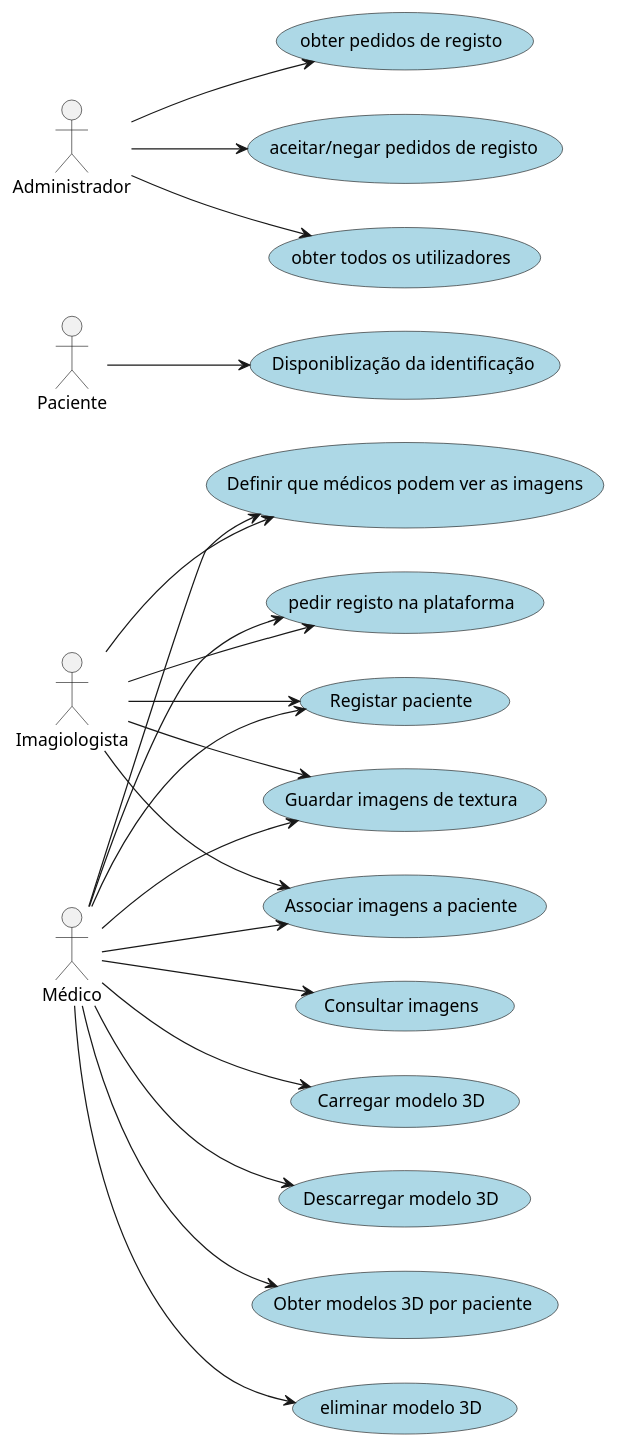
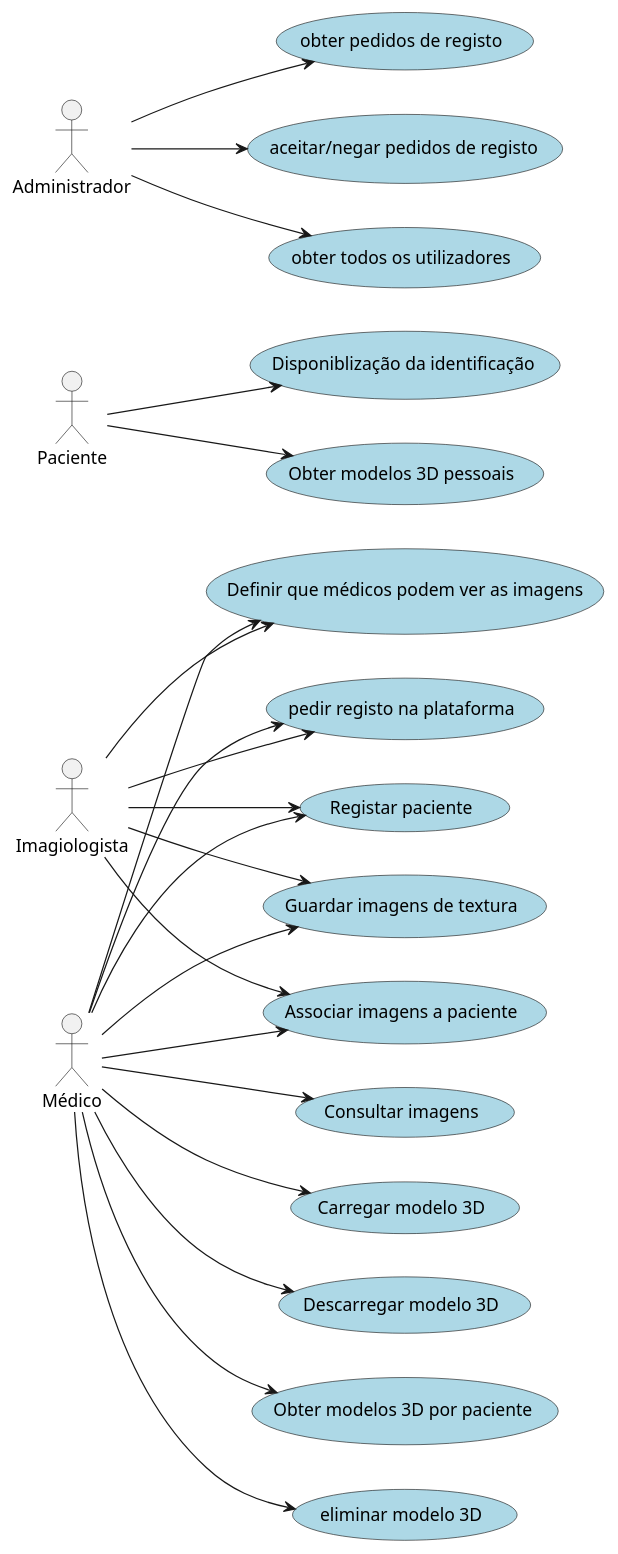
One commit to Pedro-Teixeira-1211184/least-invasive-breast-cancer-surgery changed the diagram in wiki/diagrams/use case global/UCD_global.puml. Above: the diagram before and after it, drawn with PlantUML. The commit also changed 7 other files, not shown here.

Commit message:
UC2 diagrams

```diff
--- a/wiki/diagrams/use case global/UCD_global.puml
+++ b/wiki/diagrams/use case global/UCD_global.puml
@@ -1,34 +1,35 @@
 @startuml
 
 left to right direction
 skinparam usecase {
 BackgroundColor LightBlue
 }
 
 actor Médico as med
 actor Paciente as pac
 actor Imagiologista as img
 actor Administrador as adm
 
 adm --> (obter pedidos de registo)
 adm --> (aceitar/negar pedidos de registo)
 adm --> (obter todos os utilizadores)
 med --> (pedir registo na plataforma)
 img --> (pedir registo na plataforma)
 med --> (Registar paciente)
 img --> (Registar paciente)
 med --> (Guardar imagens de textura)
 img --> (Guardar imagens de textura)
 med --> (Consultar imagens)
 med --> (Associar imagens a paciente)
 img --> (Associar imagens a paciente)
 med --> (Definir que médicos podem ver as imagens)
 img --> (Definir que médicos podem ver as imagens)
 pac --> (Disponiblização da identificação)
+pac --> (Obter modelos 3D pessoais)
 med --> (Carregar modelo 3D)
 med --> (Descarregar modelo 3D)
 med --> (Obter modelos 3D por paciente)
 med --> (eliminar modelo 3D)
 
 
 @enduml
```
